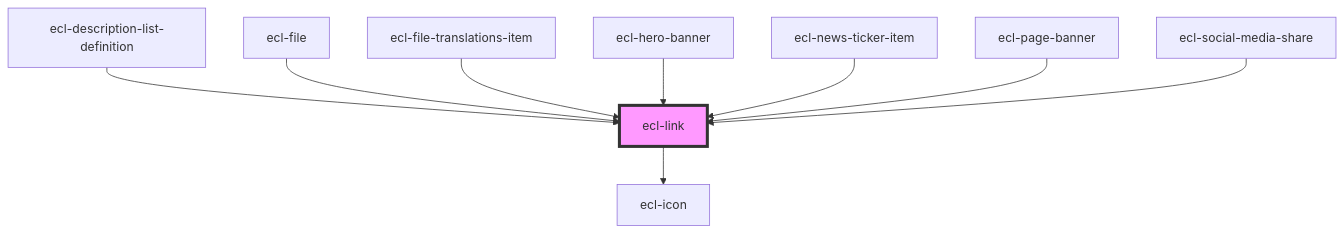
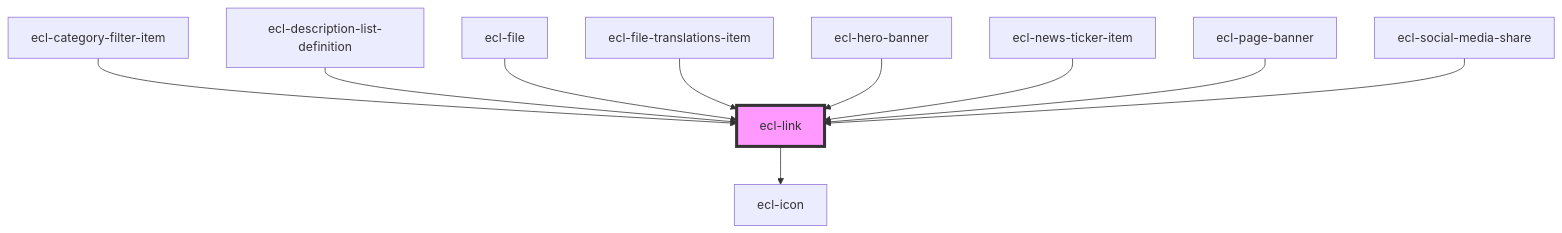
One commit to ec-europa/ecl-webcomponents changed the diagram in src/components/ecl-link/readme.md. Above: the diagram before and after it, drawn with Mermaid. The commit also changed other lines of this file and 17 other files, not shown here.

Commit message:
chore(webcomponents): Adding category-filter

````diff
--- a/src/components/ecl-link/readme.md
+++ b/src/components/ecl-link/readme.md
@@ -37,12 +38,13 @@
 ```mermaid
 graph TD;
   ecl-link --> ecl-icon
+  ecl-category-filter-item --> ecl-link
   ecl-description-list-definition --> ecl-link
   ecl-file --> ecl-link
   ecl-file-translations-item --> ecl-link
   ecl-hero-banner --> ecl-link
   ecl-news-ticker-item --> ecl-link
   ecl-page-banner --> ecl-link
   ecl-social-media-share --> ecl-link
   style ecl-link fill:#f9f,stroke:#333,stroke-width:4px
 ```
````
